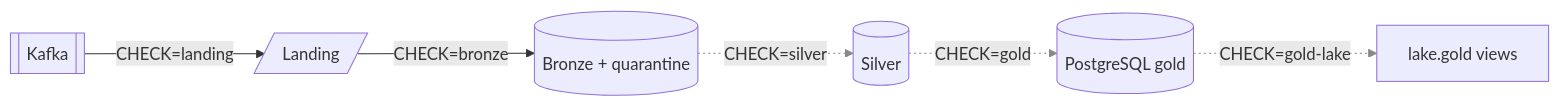
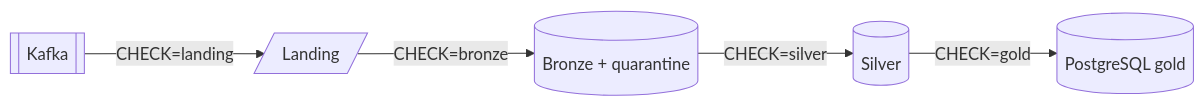
One commit to jonathan5p/deel-home-task changed the diagram in docs/lakehouse/data-quality.md. Above: the diagram before and after it, drawn with Mermaid. The commit also changed other lines of this file and 2 other files, not shown here.

Commit message:
docs: mark the merged data quality checks as done and drop the superseded components diagram

````diff
--- a/docs/lakehouse/data-quality.md
+++ b/docs/lakehouse/data-quality.md
@@ -18,17 +18,13 @@
 ```mermaid
 flowchart LR
     kafka[["Kafka"]]
     landing[/"Landing"/]
     bronze[("Bronze + quarantine")]
     silver[("Silver")]
     gold[("PostgreSQL gold")]
-    lgold["lake.gold views"]
 
     kafka -- "CHECK=landing" --> landing
     landing -- "CHECK=bronze" --> bronze
     bronze -- "CHECK=silver" --> silver
     silver -- "CHECK=gold" --> gold
-    gold -- "CHECK=gold-lake" --> lgold
-
-    linkStyle 2,3,4 stroke-dasharray: 2 3,stroke:#888
 ```
````
